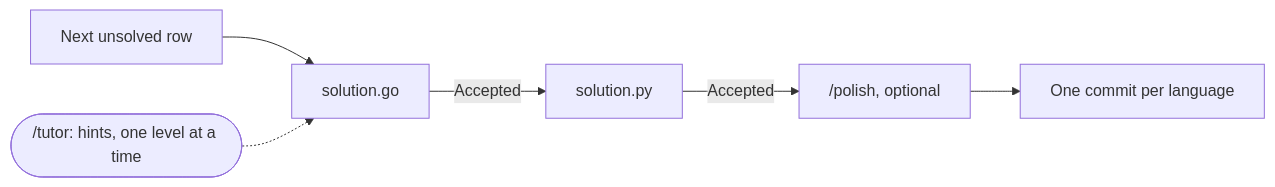
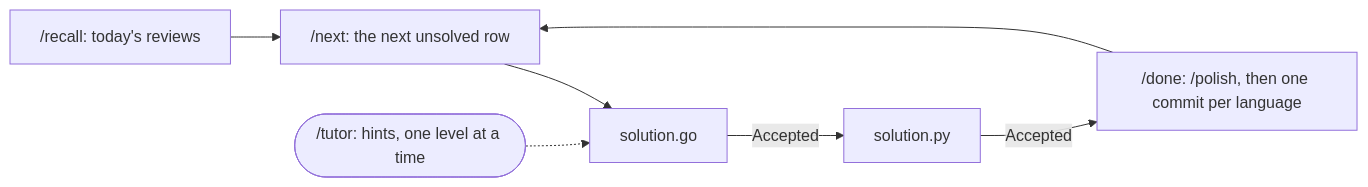
The diagram in README.md (palebluedot4/leetcode), drawn with Mermaid before and after one commit. The commit also changed other lines of this file and 1 other file, not shown here.

First line of the commit message:
docs: add recall, next and done to the guide and readme

````diff
--- a/README.md
+++ b/README.md
@@ -45,8 +45,9 @@
 ```mermaid
 flowchart LR
-  next["Next unsolved row"] --> go["solution.go"]
+  recall["/recall: today's reviews"] --> next["/next: the next unsolved row"]
+  next --> go["solution.go"]
   go -- "Accepted" --> py["solution.py"]
-  py -- "Accepted" --> polish["/polish, optional"]
-  polish --> commit["One commit per language"]
+  py -- "Accepted" --> done["/done: /polish, then one commit per language"]
+  done --> next
   tutor(["/tutor: hints, one level at a time"]) -.-> go
 ```
````
